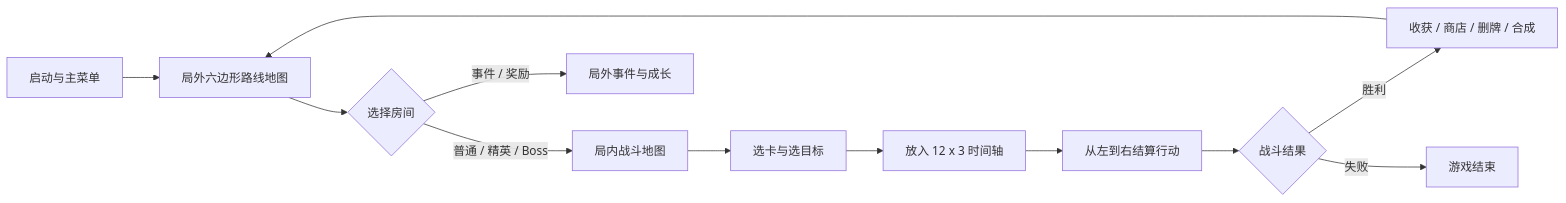
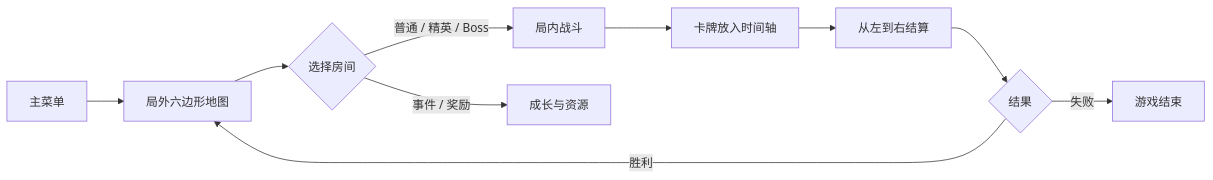
The first of 3 diagrams in README.md (xcyhjn/time-key-godot), drawn with Mermaid before and after one commit. The commit also changed other lines of this file, not shown here.

````diff
--- a/README.md
+++ b/README.md
@@ -35,14 +18,12 @@
 ```mermaid
 flowchart LR
-    A[启动与主菜单] --> B[局外六边形路线地图]
+    A[主菜单] --> B[局外六边形地图]
     B --> C{选择房间}
-    C -->|普通 / 精英 / Boss| D[局内战斗地图]
-    C -->|事件 / 奖励| E[局外事件与成长]
-    D --> F[选卡与选目标]
-    F --> G[放入 12 x 3 时间轴]
-    G --> H[从左到右结算行动]
-    H --> I{战斗结果}
-    I -->|胜利| J[收获 / 商店 / 删牌 / 合成]
-    I -->|失败| K[游戏结束]
-    J --> B
+    C -->|普通 / 精英 / Boss| D[局内战斗]
+    C -->|事件 / 奖励| E[成长与资源]
+    D --> F[卡牌放入时间轴]
+    F --> G[从左到右结算]
+    G --> H{结果}
+    H -->|胜利| B
+    H -->|失败| I[游戏结束]
 ```
````
